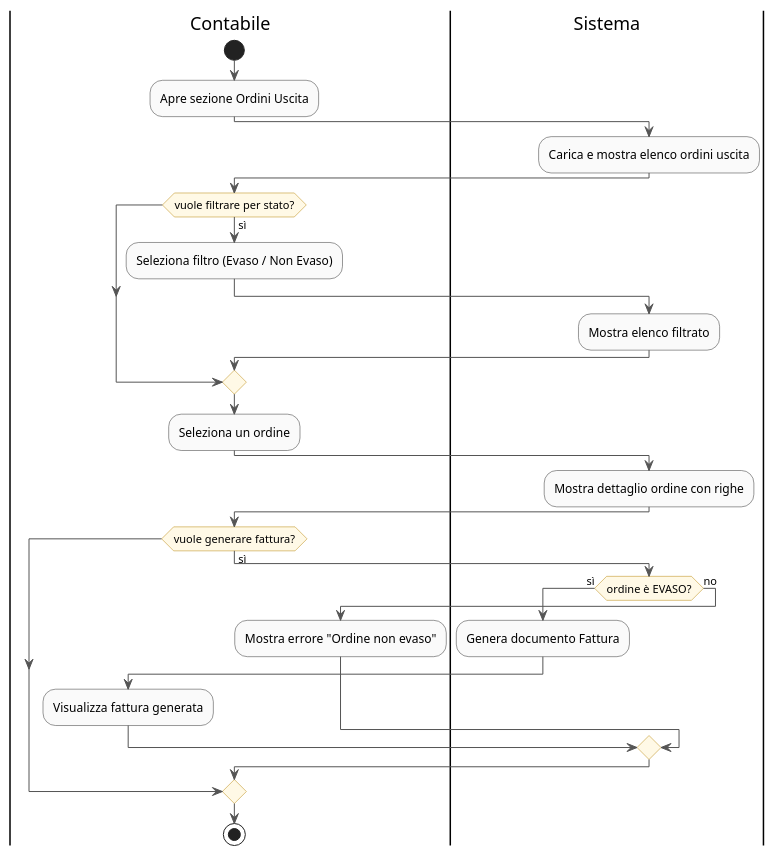
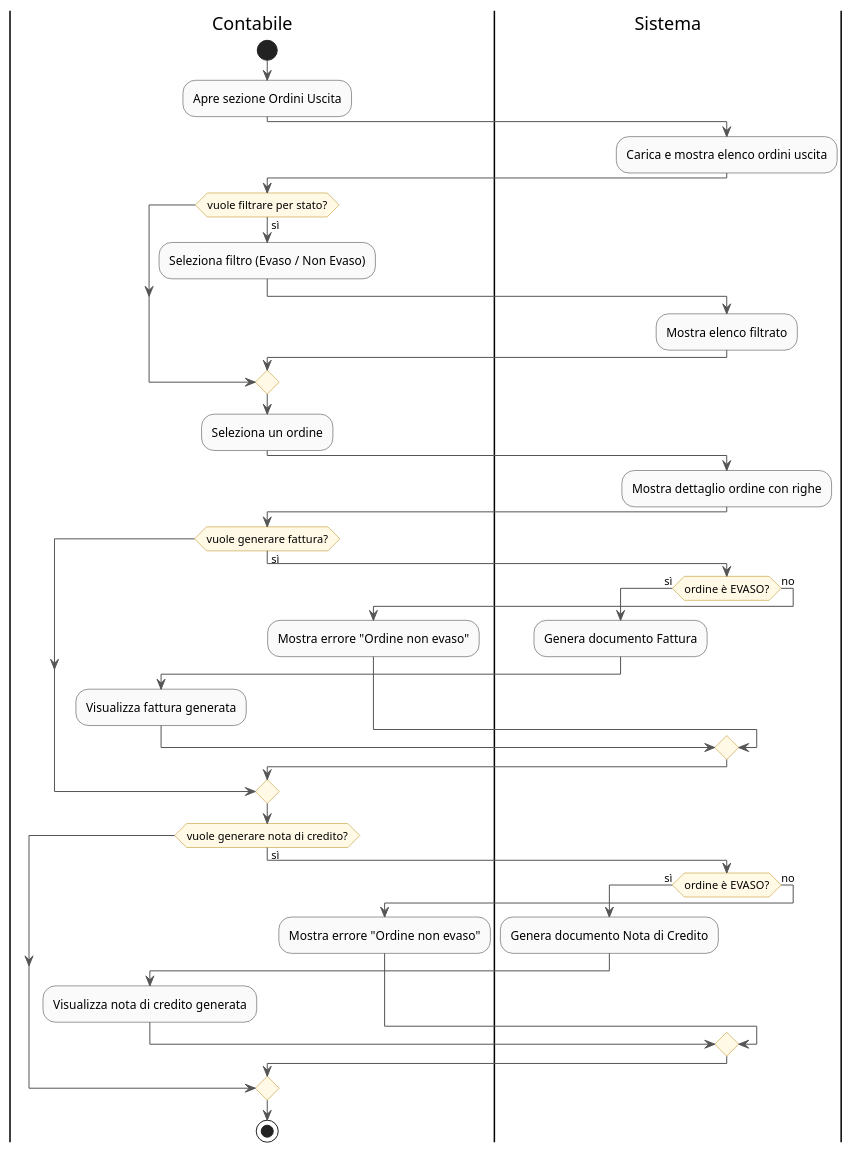
One commit to Dyved33/Appunti-secondo-anno-informatica changed the diagram in Ingegneria del software/Progetto/documentazione/uml/UC6_contabile_ordini_activity.puml. Above: the diagram before and after it, drawn with PlantUML. The commit also changed other lines of this file and 228 other files, not shown here.

```diff
--- a/Ingegneria del software/Progetto/documentazione/uml/UC6_contabile_ordini_activity.puml
+++ b/Ingegneria del software/Progetto/documentazione/uml/UC6_contabile_ordini_activity.puml
@@ -1,50 +1,66 @@
 @startuml UC6_ContabileOrdini_AD
 
 skinparam activity {
   BackgroundColor #FAFAFA
   BorderColor #333333
   ArrowColor #555555
   DiamondBackgroundColor #FFF9E6
   DiamondBorderColor #B8860B
 }
 
 |Contabile|
 start
 :Apre sezione Ordini Uscita;
 
 |Sistema|
 :Carica e mostra elenco ordini uscita;
 
 |Contabile|
 if (vuole filtrare per stato?) then (sì)
   :Seleziona filtro (Evaso / Non Evaso);
 
   |Sistema|
   :Mostra elenco filtrato;
 endif
 
 |Contabile|
 :Seleziona un ordine;
 
 |Sistema|
 :Mostra dettaglio ordine con righe;
 
 |Contabile|
 if (vuole generare fattura?) then (sì)
 
   |Sistema|
   if (ordine è EVASO?) then (sì)
     :Genera documento Fattura;
 
     |Contabile|
     :Visualizza fattura generata;
 
   else (no)
     :Mostra errore "Ordine non evaso";
   endif
 
 endif
 
+|Contabile|
+if (vuole generare nota di credito?) then (sì)
+
+  |Sistema|
+  if (ordine è EVASO?) then (sì)
+    :Genera documento Nota di Credito;
+
+    |Contabile|
+    :Visualizza nota di credito generata;
+
+  else (no)
+    :Mostra errore "Ordine non evaso";
+  endif
+
+endif
+
 stop
 
 @enduml
```
